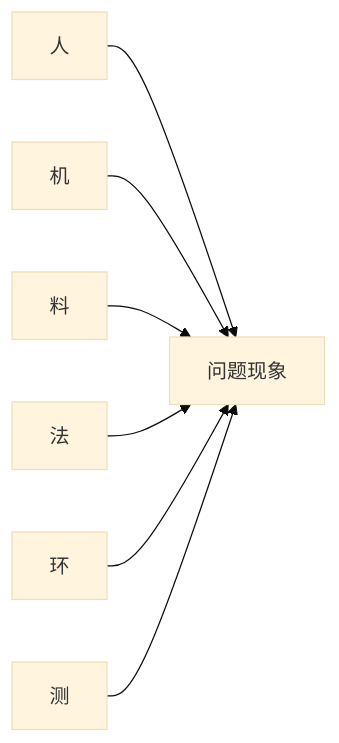
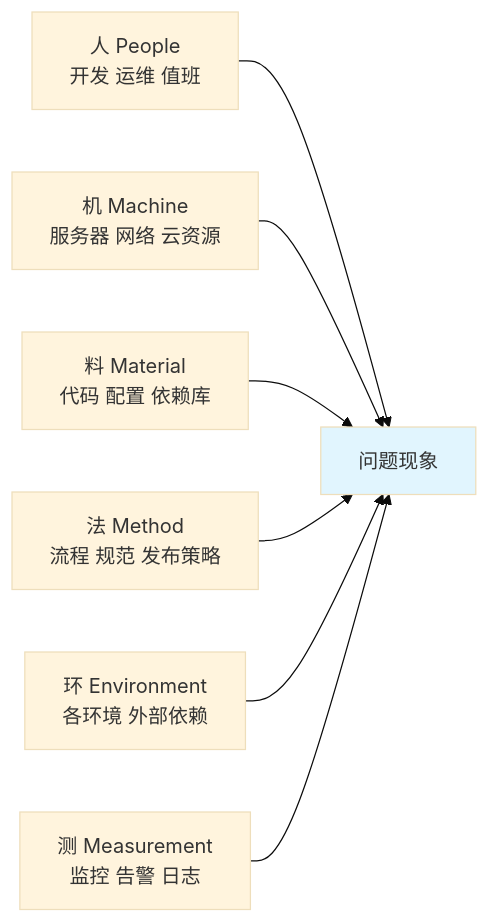
One commit to chongyang211/YCBookBlog changed the second of 6 diagrams in packages/website/11.书籍/05.自我精进·成事/22.鱼骨图分析方法.md. Above: the diagram before and after it, drawn with Mermaid (base theme). The commit also changed other lines of this file and 4 other files, not shown here.

````diff
--- a/packages/website/11.书籍/05.自我精进·成事/22.鱼骨图分析方法.md
+++ b/packages/website/11.书籍/05.自我精进·成事/22.鱼骨图分析方法.md
@@ -81,9 +72,10 @@
 ```mermaid
 graph LR
-    B1[人] --> S[问题现象]
-    B2[机] --> S
-    B3[料] --> S
-    B4[法] --> S
-    B5[环] --> S
-    B6[测] --> S
+    B1[人 People<br/>开发 运维 值班] --> S[问题现象]
+    B2[机 Machine<br/>服务器 网络 云资源] --> S
+    B3[料 Material<br/>代码 配置 依赖库] --> S
+    B4[法 Method<br/>流程 规范 发布策略] --> S
+    B5[环 Environment<br/>各环境 外部依赖] --> S
+    B6[测 Measurement<br/>监控 告警 日志] --> S
+    style S fill:#e1f5fe
 ```
````
